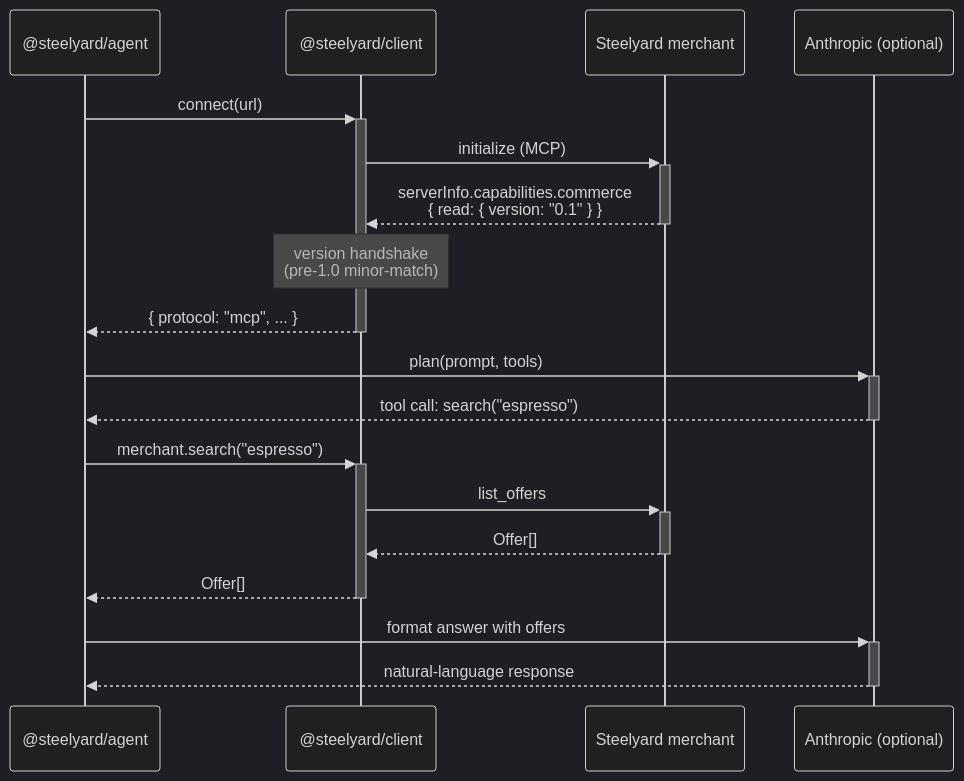
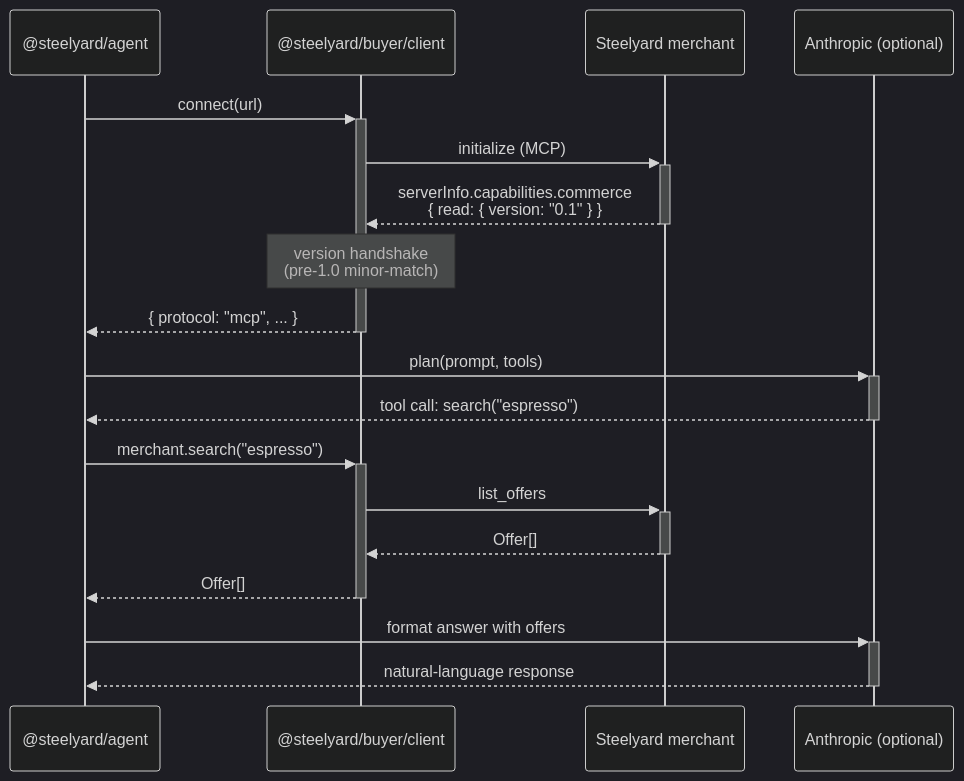
One commit to steelyard-dev/steelyard-sdk changed the second of 2 diagrams in docs/architecture.md. Above: the diagram before and after it, drawn with Mermaid (dark theme). The commit also changed other lines of this file and 24 other files, not shown here.

````diff
--- a/docs/architecture.md
+++ b/docs/architecture.md
@@ -33,24 +33,24 @@
 ```mermaid
 sequenceDiagram
   participant Agent as @steelyard/agent
-  participant Client as @steelyard/client
+  participant Client as @steelyard/buyer/client
   participant Merchant as Steelyard merchant
   participant LLM as Anthropic (optional)
 
   Agent->>+Client: connect(url)
   Client->>+Merchant: initialize (MCP)
   Merchant-->>-Client: serverInfo.capabilities.commerce<br/>{ read: { version: "0.1" } }
   Note over Client: version handshake<br/>(pre-1.0 minor-match)
   Client-->>-Agent: { protocol: "mcp", ... }
 
   Agent->>+LLM: plan(prompt, tools)
   LLM-->>-Agent: tool call: search("espresso")
 
   Agent->>+Client: merchant.search("espresso")
   Client->>+Merchant: list_offers
   Merchant-->>-Client: Offer[]
   Client-->>-Agent: Offer[]
 
   Agent->>+LLM: format answer with offers
   LLM-->>-Agent: natural-language response
 ```
````
